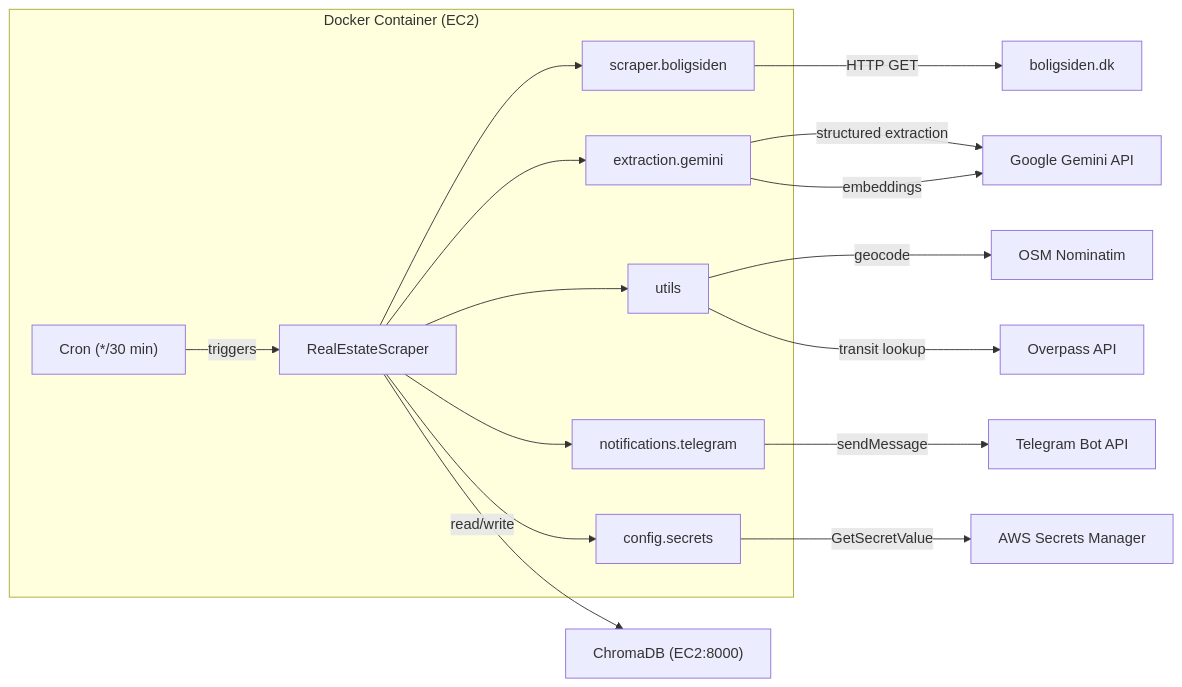
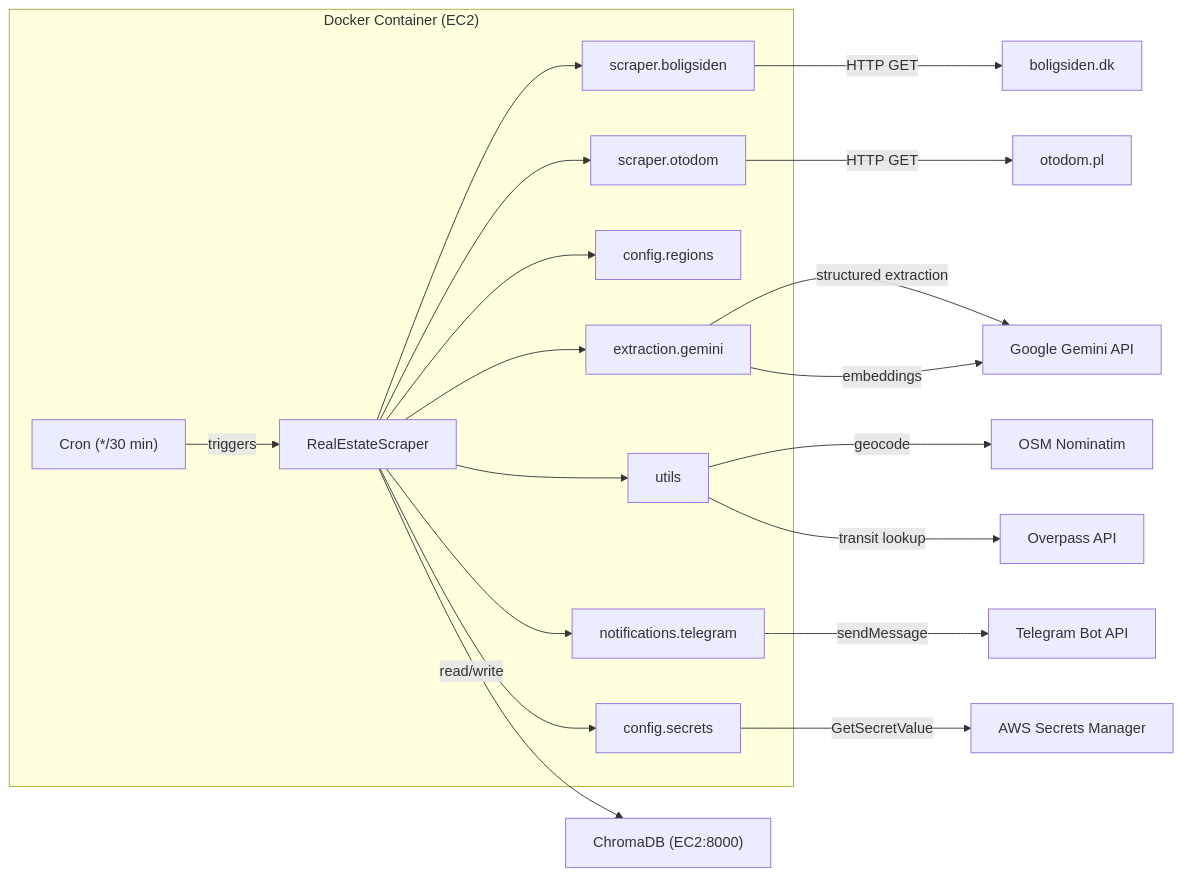
One commit to xSzpo/xFlats-Intelligent-Real-Estate-Assistant changed the first of 4 diagrams in docs/architecture.md. Above: the diagram before and after it, drawn with Mermaid. The commit also changed other lines of this file and 17 other files, not shown here.

First line of the commit message:
#14 feat: add WAW region support with multi-region config architecture (#18)

````diff
--- a/docs/architecture.md
+++ b/docs/architecture.md
@@ -9,36 +9,42 @@
 ```mermaid
 graph LR
     subgraph "Docker Container (EC2)"
         Cron["Cron (*/30 min)"]
         Main["RealEstateScraper"]
-        Scraper["scraper.boligsiden"]
+        Scraper_BS["scraper.boligsiden"]
+        Scraper_OT["scraper.otodom"]
+        Regions["config.regions"]
         Gemini["extraction.gemini"]
         Utils["utils"]
         Notify["notifications.telegram"]
         Secrets["config.secrets"]
     end
 
     Boligsiden["boligsiden.dk"]
+    Otodom["otodom.pl"]
     GeminiAPI["Google Gemini API"]
     ChromaDB["ChromaDB (EC2:8000)"]
     Nominatim["OSM Nominatim"]
     Overpass["Overpass API"]
     Telegram["Telegram Bot API"]
     AWS_SM["AWS Secrets Manager"]
 
     Cron -->|triggers| Main
-    Main --> Scraper
+    Main --> Scraper_BS
+    Main --> Scraper_OT
+    Main --> Regions
     Main --> Gemini
     Main --> Utils
     Main --> Notify
     Main --> Secrets
 
-    Scraper -->|HTTP GET| Boligsiden
+    Scraper_BS -->|HTTP GET| Boligsiden
+    Scraper_OT -->|HTTP GET| Otodom
     Gemini -->|structured extraction| GeminiAPI
     Gemini -->|embeddings| GeminiAPI
     Main -->|read/write| ChromaDB
     Utils -->|geocode| Nominatim
     Utils -->|transit lookup| Overpass
     Notify -->|sendMessage| Telegram
     Secrets -->|GetSecretValue| AWS_SM
 ```
````
